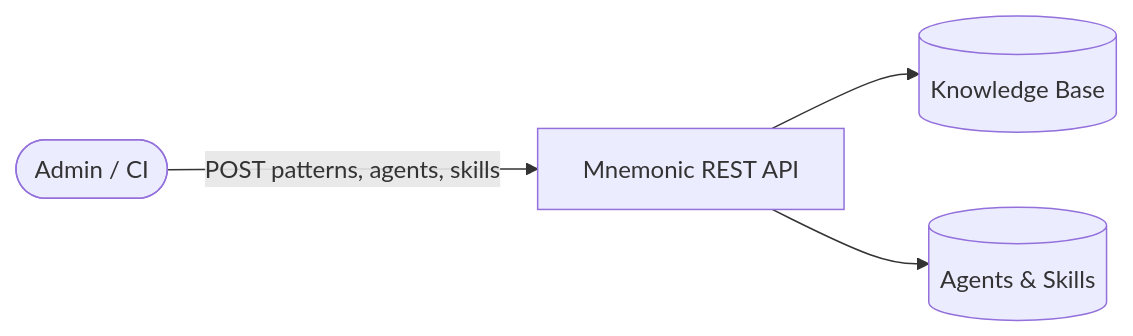
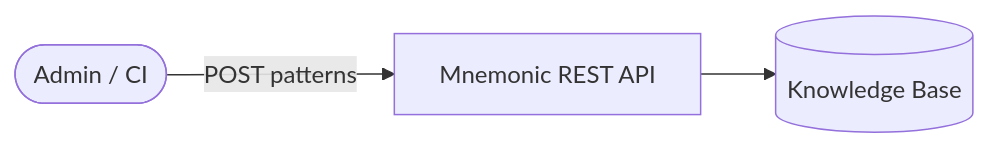
The second of 2 diagrams in docs/concept.md (twistingmercury/mnemonic-docs), drawn with Mermaid before and after one commit. The commit also changed other lines of this file and 8 other files, not shown here.

````diff
--- a/docs/concept.md
+++ b/docs/concept.md
@@ -72,6 +64,5 @@
 ```mermaid
 graph LR
-    Admin([Admin / CI]) -->|POST patterns, agents, skills| REST[Mnemonic REST API]
+    Admin([Admin / CI]) -->|POST patterns| REST[Mnemonic REST API]
     REST --> KB[(Knowledge Base)]
-    REST --> Tools[(Agents & Skills)]
 ```
````
